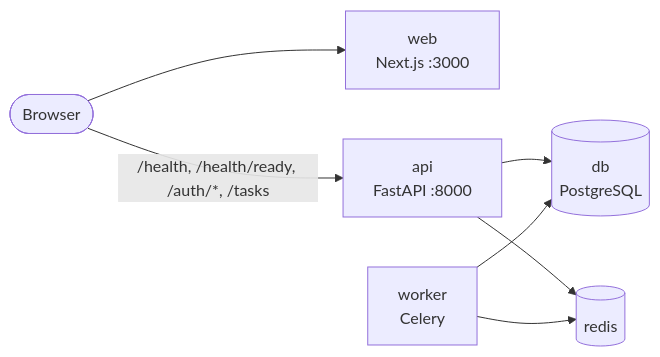
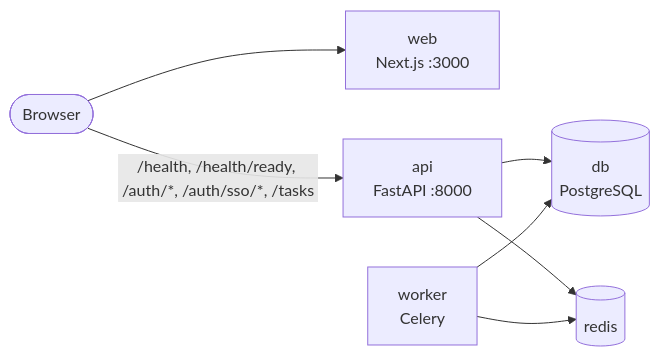
The first of 4 diagrams in docs/architecture.md (arbadev/ballasttasks), drawn with Mermaid before and after one commit. The commit also changed other lines of this file and 31 other files, not shown here.

````diff
--- a/docs/architecture.md
+++ b/docs/architecture.md
@@ -14,9 +15,9 @@
 ```mermaid
 flowchart LR
     browser([Browser]) --> web[web<br/>Next.js :3000]
-    browser -->|/health, /health/ready, /auth/*, /tasks| api[api<br/>FastAPI :8000]
+    browser -->|/health, /health/ready, /auth/*, /auth/sso/*, /tasks| api[api<br/>FastAPI :8000]
     api --> db[(db<br/>PostgreSQL)]
     api --> redis[(redis)]
     worker[worker<br/>Celery] --> redis
     worker --> db
 ```
````
